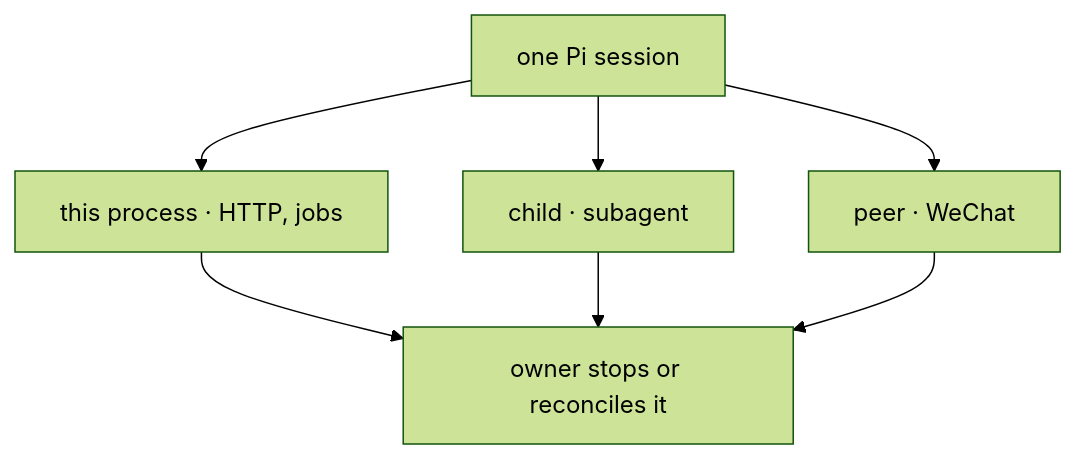
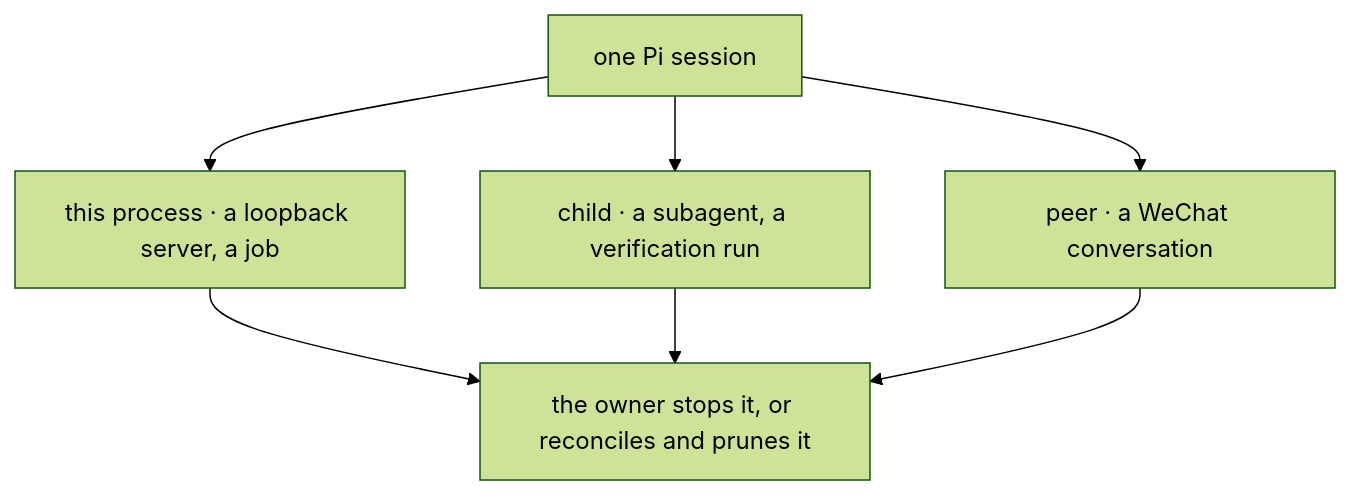
Before and after one commit to gavin-hu/my-pi-agent: the third of 4 diagrams in docs/architecture.md, drawn with Mermaid (forest theme). The commit also changed other lines of this file and 11 other files, not shown here.

````diff
--- a/docs/architecture.md
+++ b/docs/architecture.md
@@ -270,10 +275,9 @@
 ```mermaid
 flowchart TD
-  S["one Pi session"]
-  S --> A["this process · HTTP, jobs"]
-  S --> B["child · subagent"]
-  S --> C["peer · WeChat"]
-  A --> Z["owner stops or reconciles it"]
+  S["one Pi session"] --> A["this process · a loopback server, a job"]
+  S --> B["child · a subagent, a verification run"]
+  S --> C["peer · a WeChat conversation"]
+  A --> Z["the owner stops it, or reconciles and prunes it"]
   B --> Z
   C --> Z
 ```
````
